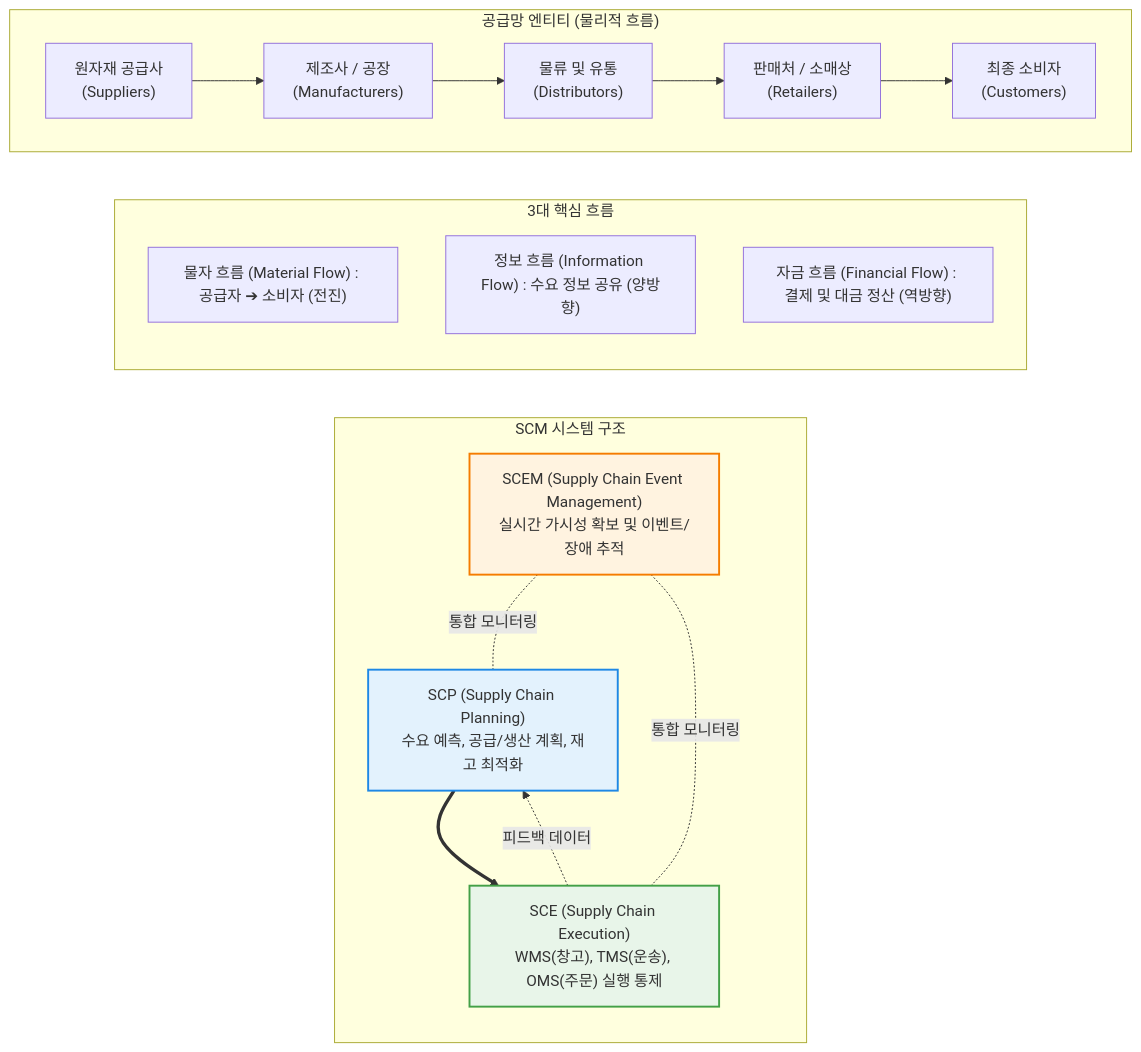
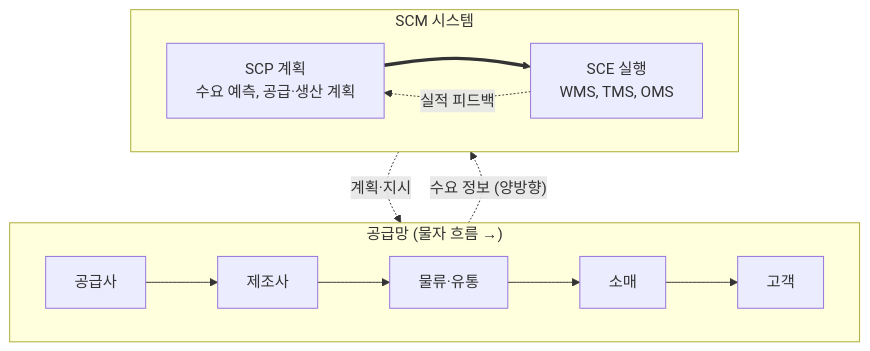
Before and after one commit to supremethumb/supremethumb.github.io: the diagram in content/01_IT Tech/SCM (Supply Chain Management).md, drawn with Mermaid. The commit also changed other lines of this file and 1087 other files, not shown here.

````diff
--- a/content/01_IT Tech/SCM (Supply Chain Management).md
+++ b/content/01_IT Tech/SCM (Supply Chain Management).md
@@ -30,37 +36,14 @@
 ```mermaid
-flowchart TD
-    subgraph Supply_Chain_Participants ["공급망 엔티티 (물리적 흐름)"]
+flowchart TB
+    subgraph SC["공급망 (물자 흐름 →)"]
         direction LR
-        Suppliers["원자재 공급사<br/>(Suppliers)"] --> Manufacturers["제조사 / 공장<br/>(Manufacturers)"]
-        Manufacturers --> Distributors["물류 및 유통<br/>(Distributors)"]
-        Distributors --> Retailers["판매처 / 소매상<br/>(Retailers)"]
-        Retailers --> Customers["최종 소비자<br/>(Customers)"]
+        S1["공급사"] --> M["제조사"] --> D["물류·유통"] --> R["소매"] --> C["고객"]
     end
-
-    subgraph Core_Flows ["3대 핵심 흐름"]
-        direction TB
-        F1["물자 흐름 (Material Flow) : 공급자 ➔ 소비자 (전진)"]
-        F2["정보 흐름 (Information Flow) : 수요 정보 공유 (양방향)"]
-        F3["자금 흐름 (Financial Flow) : 결제 및 대금 정산 (역방향)"]
+    subgraph SYS["SCM 시스템"]
+        direction LR
+        SCP["SCP 계획<br/>수요 예측, 공급·생산 계획"] ==> SCE["SCE 실행<br/>WMS, TMS, OMS"]
+        SCE -.->|"실적 피드백"| SCP
     end
-
-    subgraph SCM_System_Layers ["SCM 시스템 구조"]
-        direction TB
-        SCP["SCP (Supply Chain Planning)<br/>수요 예측, 공급/생산 계획, 재고 최적화"]
-        SCE["SCE (Supply Chain Execution)<br/>WMS(창고), TMS(운송), OMS(주문) 실행 통제"]
-        Visibility["SCEM (Supply Chain Event Management)<br/>실시간 가시성 확보 및 이벤트/장애 추적"]
-        
-        SCP ==> SCE
-        SCE -. 피드백 데이터 .-> SCP
-        Visibility -. 통합 모니터링 .- SCP
-        Visibility -. 통합 모니터링 .- SCE
-    end
-
-    Supply_Chain_Participants ~~~ Core_Flows
-    Core_Flows ~~~ SCM_System_Layers
-
-    style SCP fill:#e3f2fd,stroke:#1e88e5,stroke-width:2px
-    style SCE fill:#e8f5e9,stroke:#43a047,stroke-width:2px
-    style Visibility fill:#fff3e0,stroke:#f57c00,stroke-width:2px
-
+    C -.->|"수요 정보 (양방향)"| SYS
+    SYS -.->|"계획·지시"| SC
 ```
````
